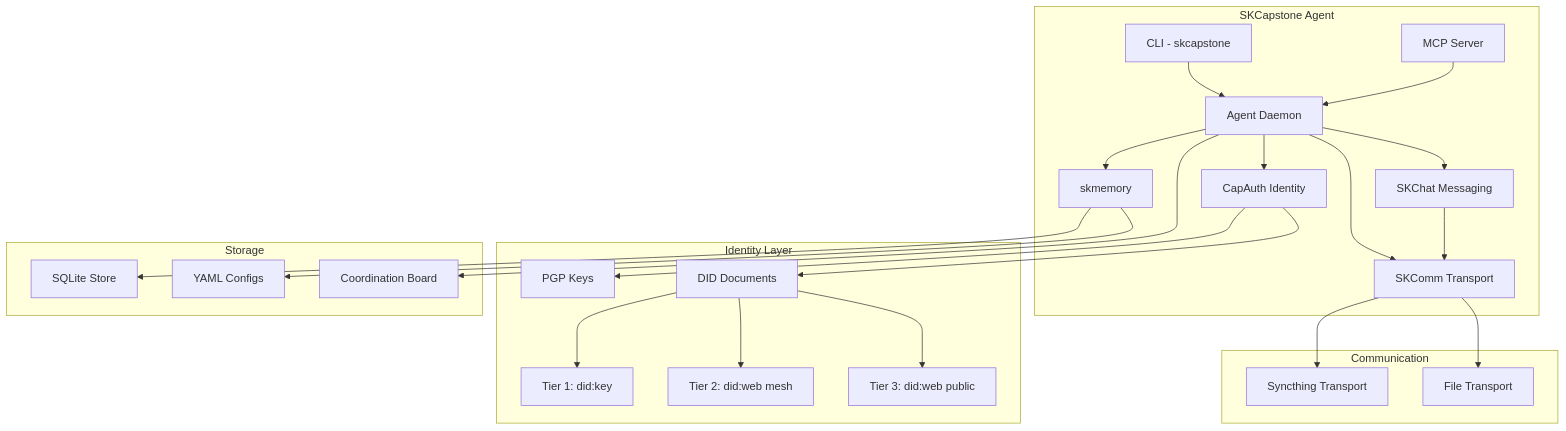
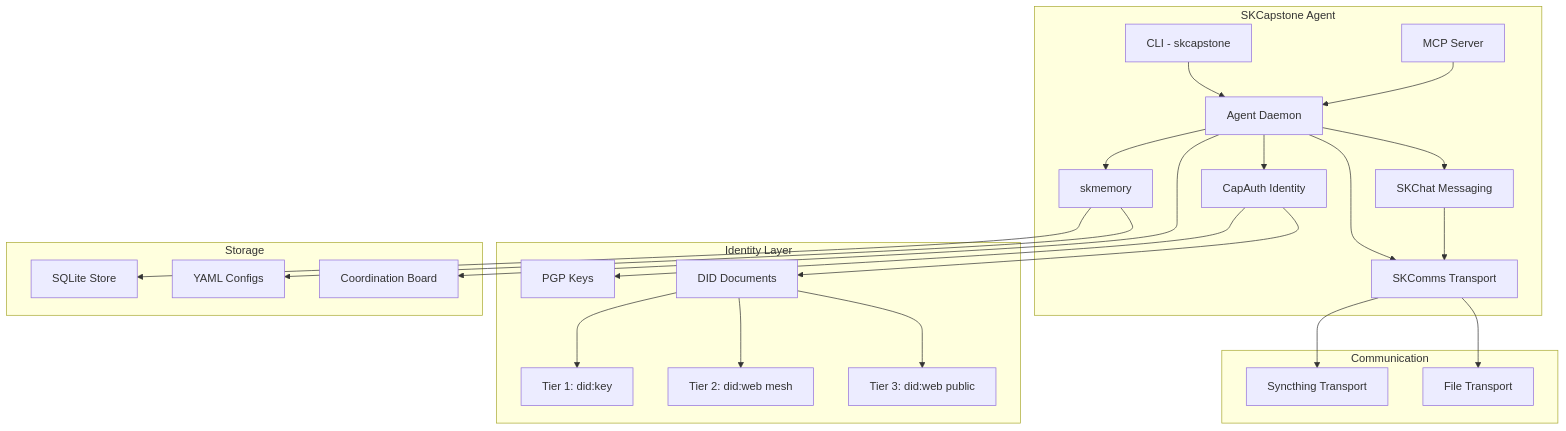
One commit to smilinTux/skcapstone changed the first of 8 diagrams in docs/ARCHITECTURE.md. Above: the diagram before and after it, drawn with Mermaid. The commit also changed other lines of this file and 88 other files, not shown here.

Commit message:
refactor: migrate skcomm→skcomms (class, env, paths, dependency, skcomm_tools→skcomms_tools)

````diff
--- a/docs/ARCHITECTURE.md
+++ b/docs/ARCHITECTURE.md
@@ -99,31 +99,31 @@
 ```mermaid
 graph TB
     subgraph "SKCapstone Agent"
         CLI[CLI - skcapstone] --> Daemon[Agent Daemon]
         MCP[MCP Server] --> Daemon
         Daemon --> Memory[skmemory]
         Daemon --> Identity[CapAuth Identity]
-        Daemon --> Comms[SKComm Transport]
+        Daemon --> Comms[SKComms Transport]
         Daemon --> Chat[SKChat Messaging]
     end
 
     subgraph "Identity Layer"
         Identity --> PGP[PGP Keys]
         Identity --> DID[DID Documents]
         DID --> T1[Tier 1: did:key]
         DID --> T2[Tier 2: did:web mesh]
         DID --> T3[Tier 3: did:web public]
     end
 
     subgraph "Communication"
         Comms --> Syncthing[Syncthing Transport]
         Comms --> File[File Transport]
         Chat --> Comms
     end
 
     subgraph "Storage"
         Memory --> SQLite[SQLite Store]
         Memory --> YAML[YAML Configs]
         Daemon --> Coord[Coordination Board]
     end
 ```
````
